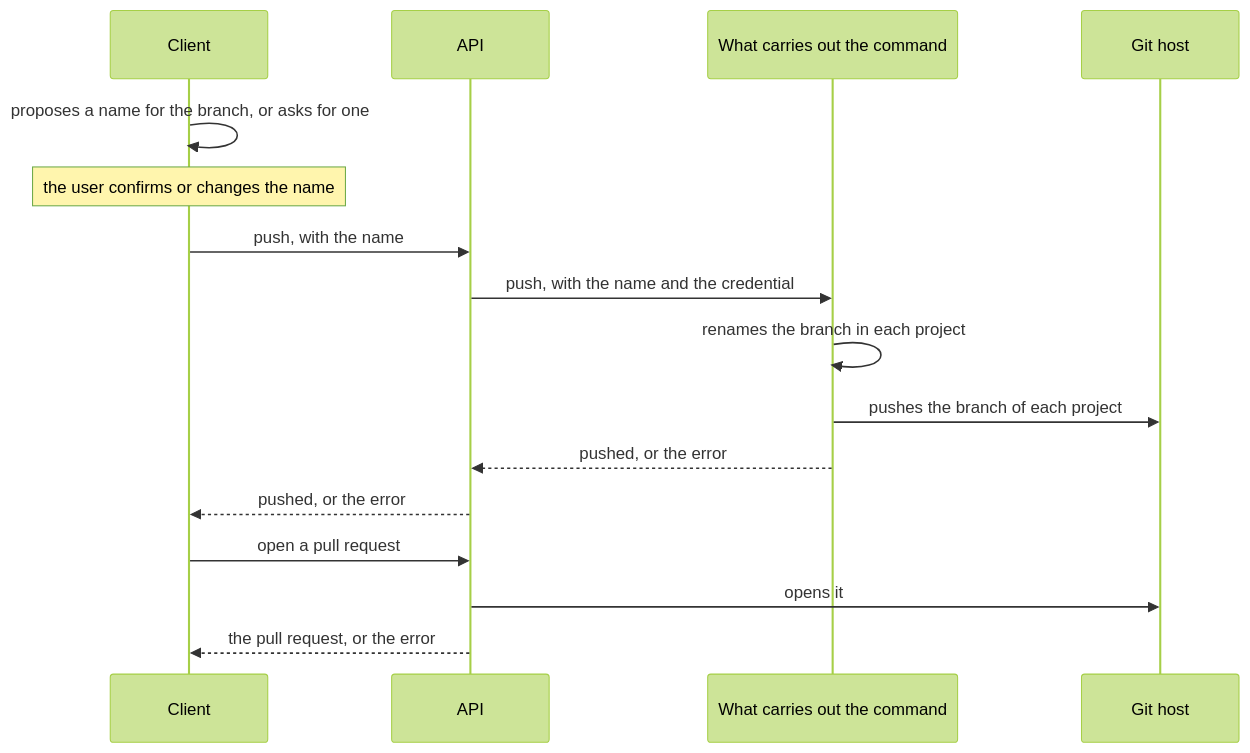
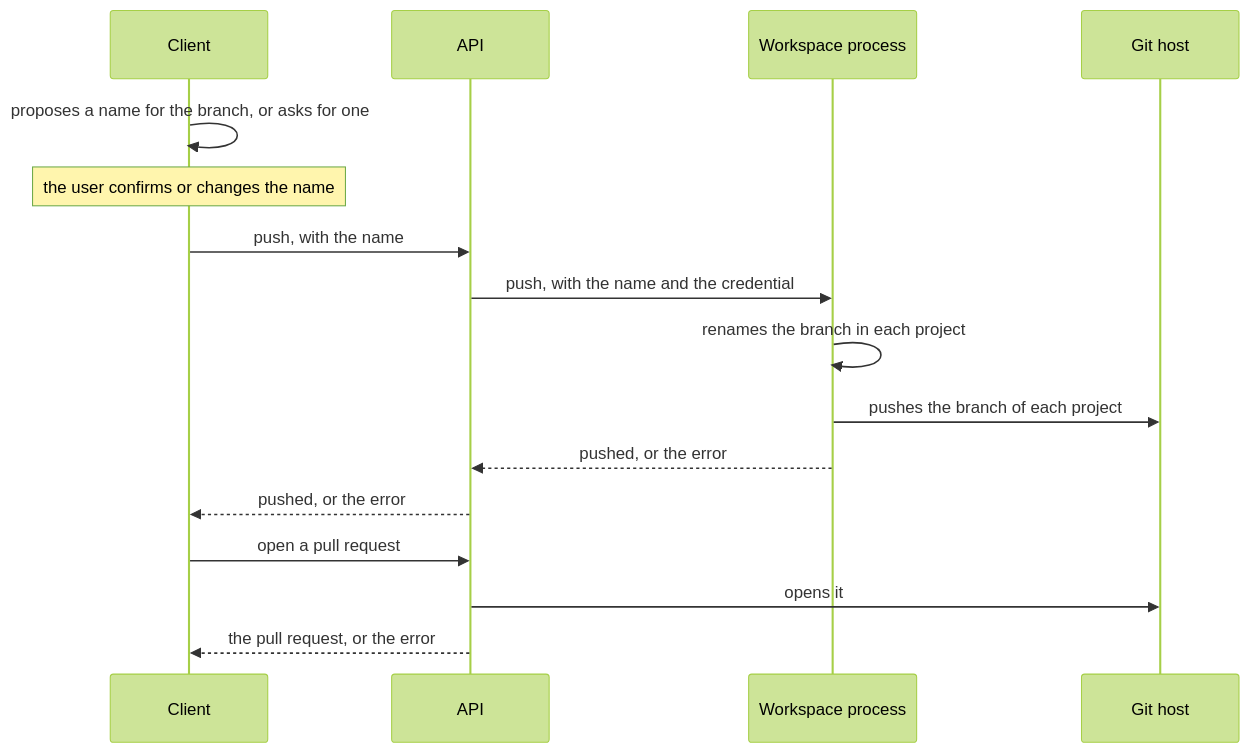
One commit to Mikode13/harness-docs changed the diagram in flows/changes-and-push.md. Above: the diagram before and after it, drawn with Mermaid (forest theme). The commit also changed other lines of this file and 7 other files, not shown here.

First line of the commit message:
docs: give the workspace to a process of its own, and make a push wait for no active run

````diff
--- a/flows/changes-and-push.md
+++ b/flows/changes-and-push.md
@@ -51,20 +51,20 @@
 ```mermaid
 sequenceDiagram
     participant C as Client
     participant A as API
-    participant W as What carries out the command
+    participant W as Workspace process
     participant G as Git host
 
     C->>C: proposes a name for the branch, or asks for one
     Note over C: the user confirms or changes the name
     C->>A: push, with the name
     A->>W: push, with the name and the credential
     W->>W: renames the branch in each project
     W->>G: pushes the branch of each project
     W-->>A: pushed, or the error
     A-->>C: pushed, or the error
 
     C->>A: open a pull request
     A->>G: opens it
     A-->>C: the pull request, or the error
 ```
````
